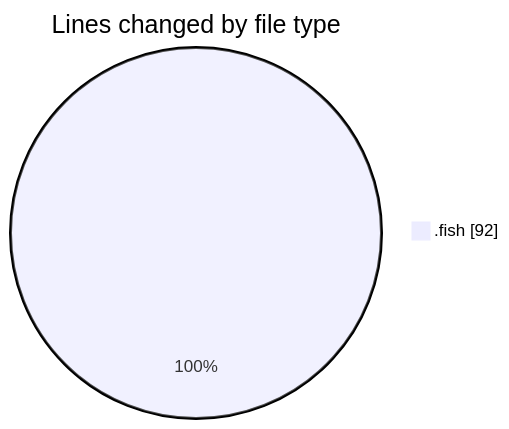
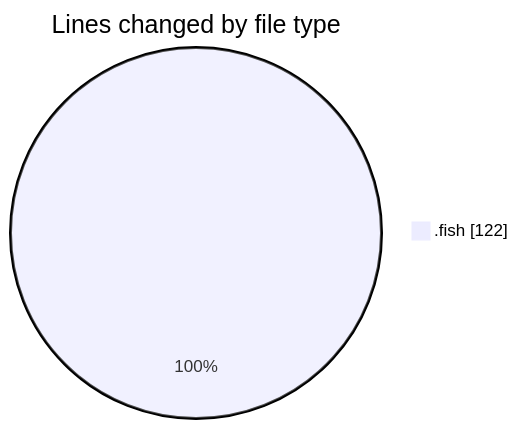
The first of 2 diagrams in 2025-07-10/_config/README.md (EIIisD/code-tracking), drawn with Mermaid before and after one commit. The commit also changed other lines of this file and 1 other file, not shown here.

````diff
--- a/2025-07-10/_config/README.md
+++ b/2025-07-10/_config/README.md
@@ -20,5 +20,5 @@
 ```mermaid
 pie showData
 title Lines changed by file type
-".fish" : 92
+".fish" : 122
 ```
````
